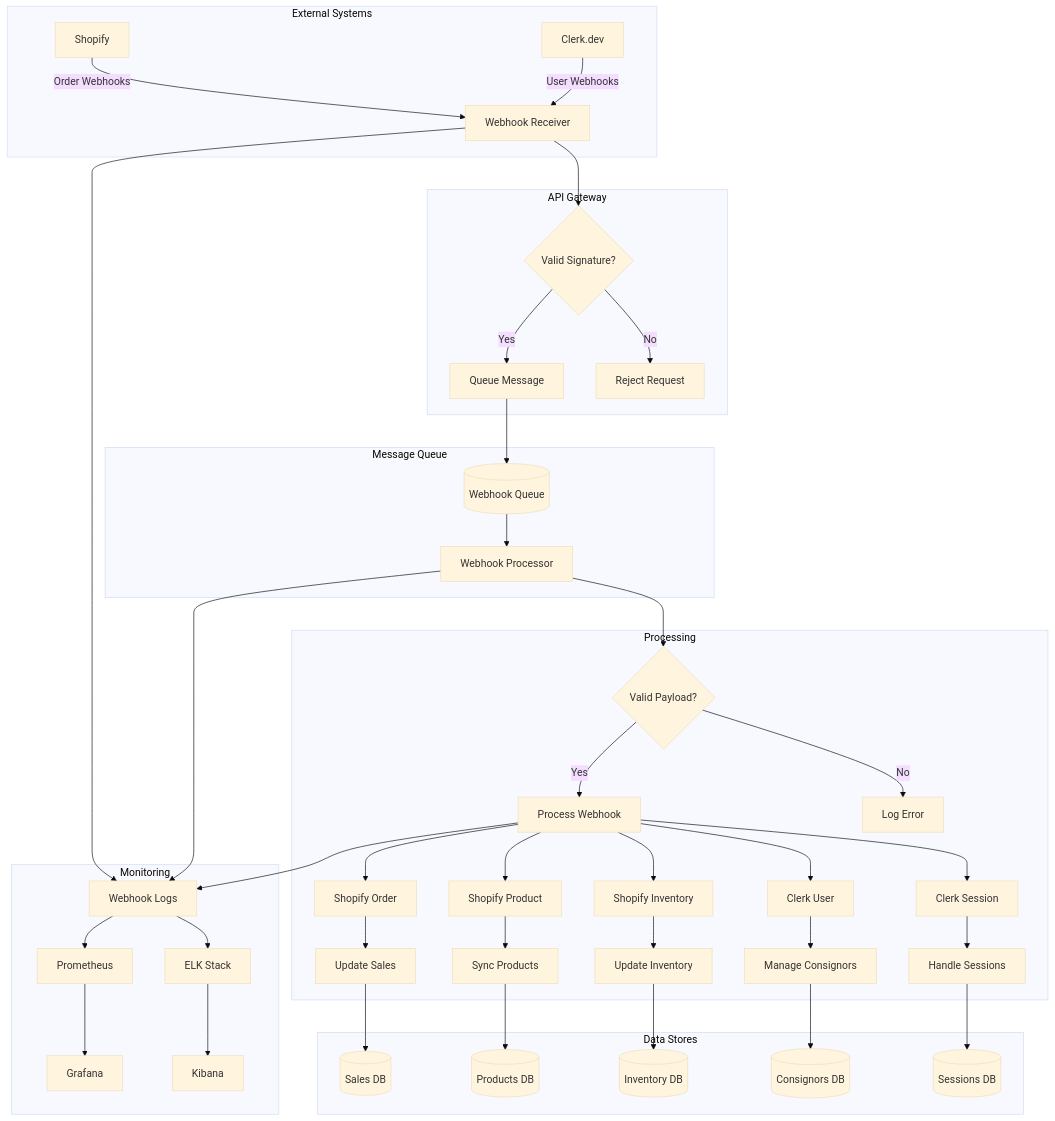
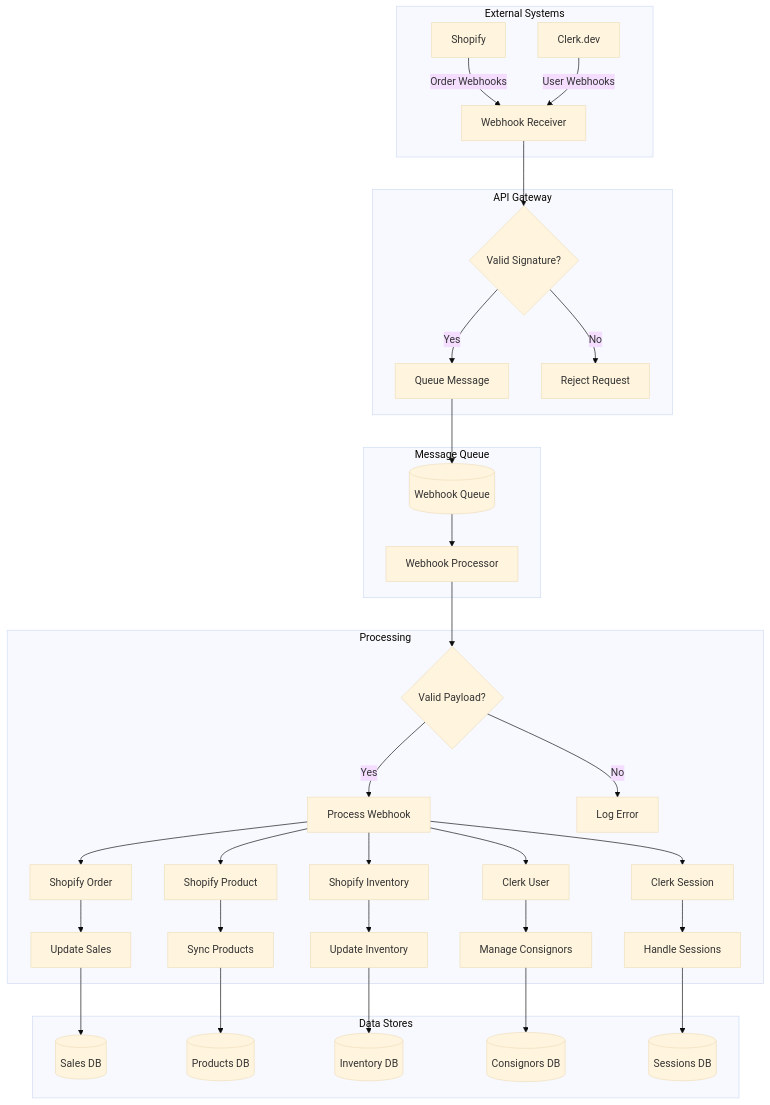
The diagram in docs/diagrams/architecture/webhook-architecture.mmd (atEverychance/ProjectCR), drawn with Mermaid (base theme) before and after one commit.

Commit message:
refactor: remove monitoring subgraph from webhook architecture diagram

```diff
--- a/docs/diagrams/architecture/webhook-architecture.mmd
+++ b/docs/diagrams/architecture/webhook-architecture.mmd
@@ -1,52 +1,42 @@
 flowchart TD
     subgraph "External Systems"
         A[Shopify] -->|Order Webhooks| B
         C[Clerk.dev] -->|User Webhooks| B
     end
     
     subgraph "API Gateway"
         B[Webhook Receiver] --> D{Valid Signature?}
         D -->|Yes| E[Queue Message]
         D -->|No| F[Reject Request]
     end
     
     subgraph "Message Queue"
         E --> G[(Webhook Queue)]
         G --> H[Webhook Processor]
     end
     
     subgraph "Processing"
         H --> I{Valid Payload?}
         I -->|Yes| J[Process Webhook]
         I -->|No| K[Log Error]
         
         J --> L[Shopify Order]
         J --> M[Shopify Product]
         J --> N[Shopify Inventory]
         J --> O[Clerk User]
         J --> P[Clerk Session]
         
         L --> Q[Update Sales]
         M --> R[Sync Products]
         N --> S[Update Inventory]
         O --> T[Manage Consignors]
         P --> U[Handle Sessions]
     end
     
     subgraph "Data Stores"
         Q --> V[(Sales DB)]
         R --> W[(Products DB)]
         S --> X[(Inventory DB)]
         T --> Y[(Consignors DB)]
         U --> Z[(Sessions DB)]
     end
-    
-    subgraph "Monitoring"
-        B --> AA[Webhook Logs]
-        H --> AA
-        J --> AA
-        AA --> AB[Prometheus]
-        AB --> AC[Grafana]
-        AA --> AD[ELK Stack]
-        AD --> AE[Kibana]
-    end
```
